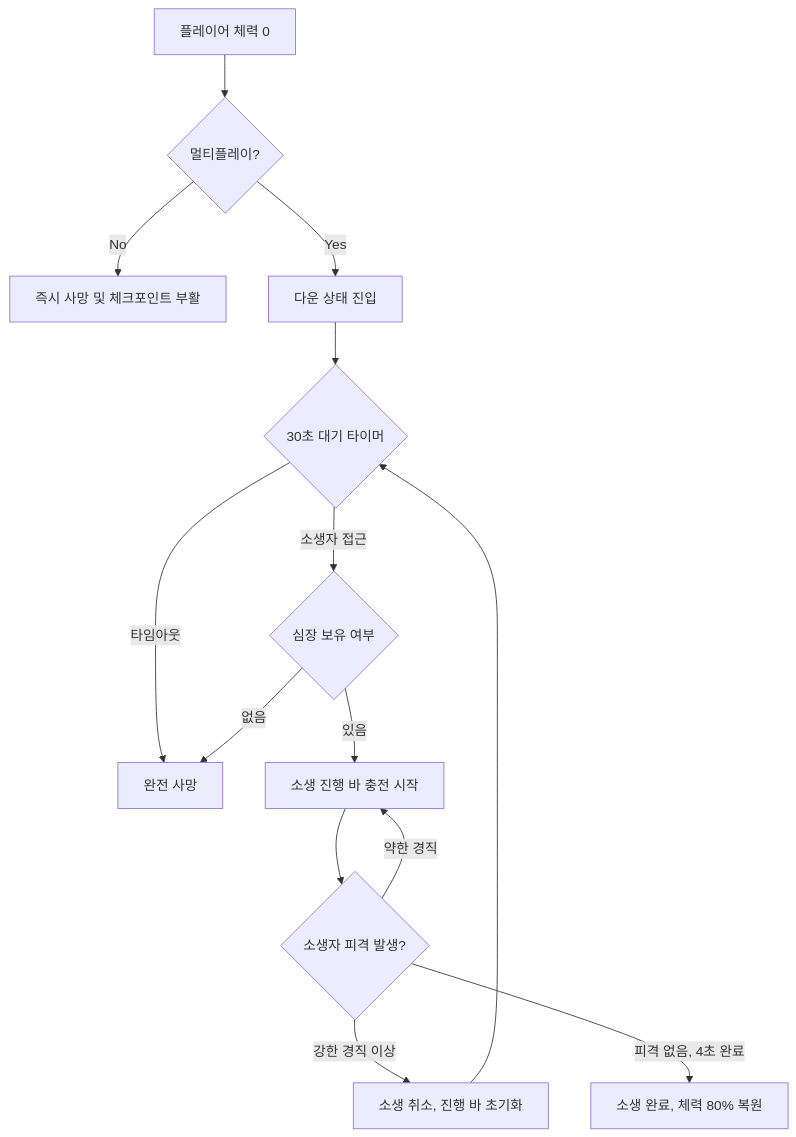
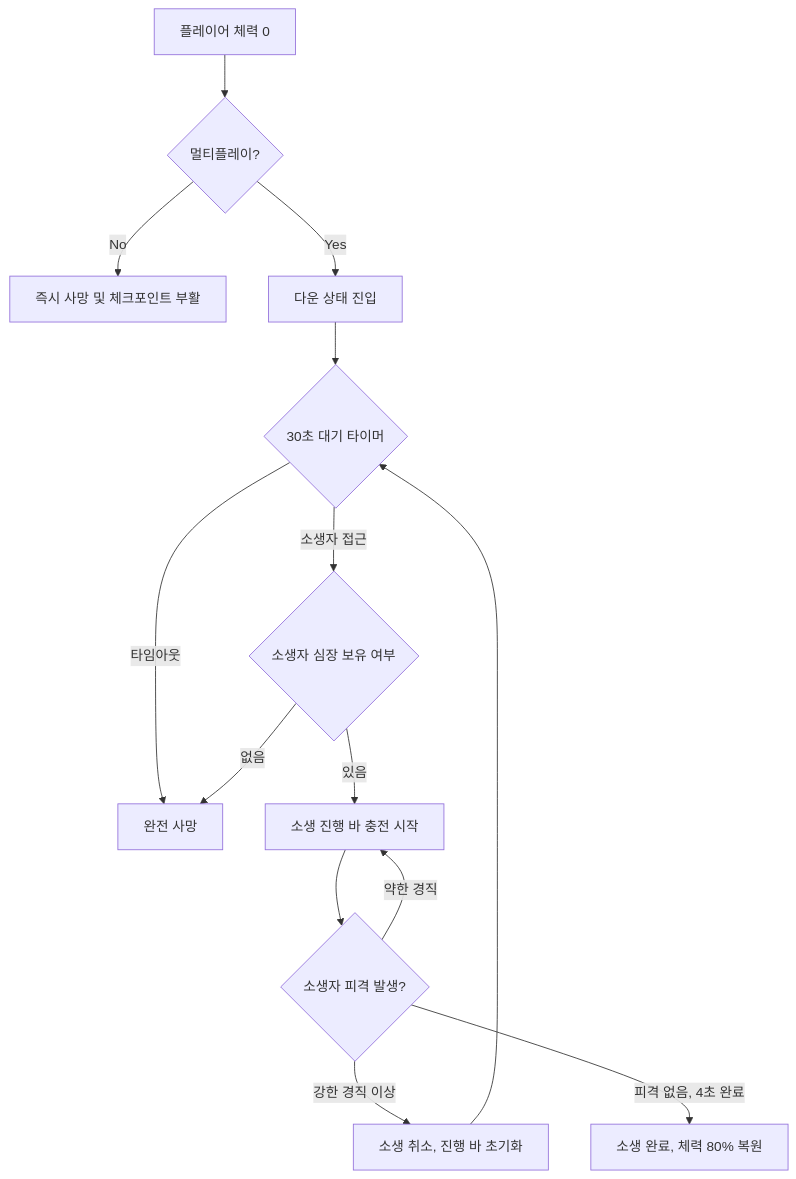
One commit to TeamApoc/ProjectR changed the diagram in Docs/[시스템 기획] 플레이어_이동_생존.md. Above: the diagram before and after it, drawn with Mermaid. The commit also changed other lines of this file and 6 other files, not shown here.

````diff
--- a/Docs/[시스템 기획] 플레이어_이동_생존.md
+++ b/Docs/[시스템 기획] 플레이어_이동_생존.md
@@ -194,16 +194,16 @@
 ```mermaid
 flowchart TD
     A[플레이어 체력 0] --> B{멀티플레이?}
     B -->|No| C[즉시 사망 및 체크포인트 부활]
     B -->|Yes| D[다운 상태 진입]
     D --> E{30초 대기 타이머}
     E -->|타임아웃| F[완전 사망]
-    E -->|소생자 접근| G{심장 보유 여부}
+    E -->|소생자 접근| G{소생자 심장 보유 여부}
     G -->|없음| F
     G -->|있음| H[소생 진행 바 충전 시작]
     H --> I{소생자 피격 발생?}
     I -->|강한 경직 이상| J[소생 취소, 진행 바 초기화]
     I -->|약한 경직| H
     I -->|피격 없음, 4초 완료| K[소생 완료, 체력 80% 복원]
     J --> E
 ```
````
